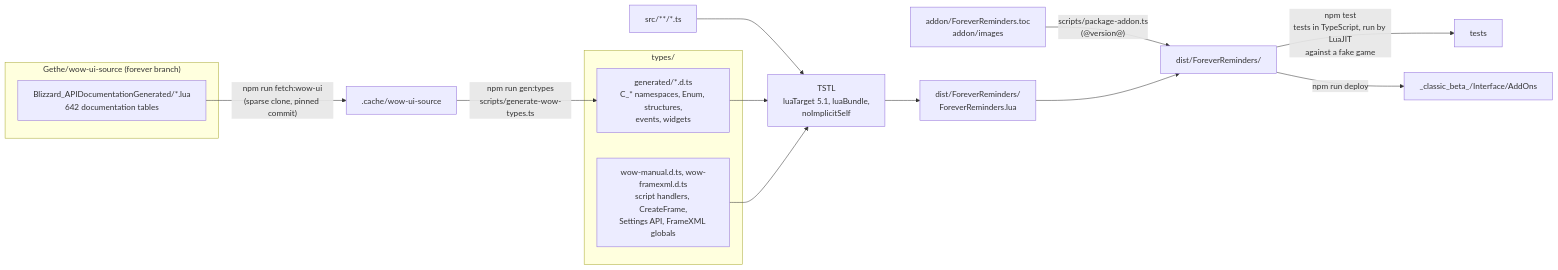
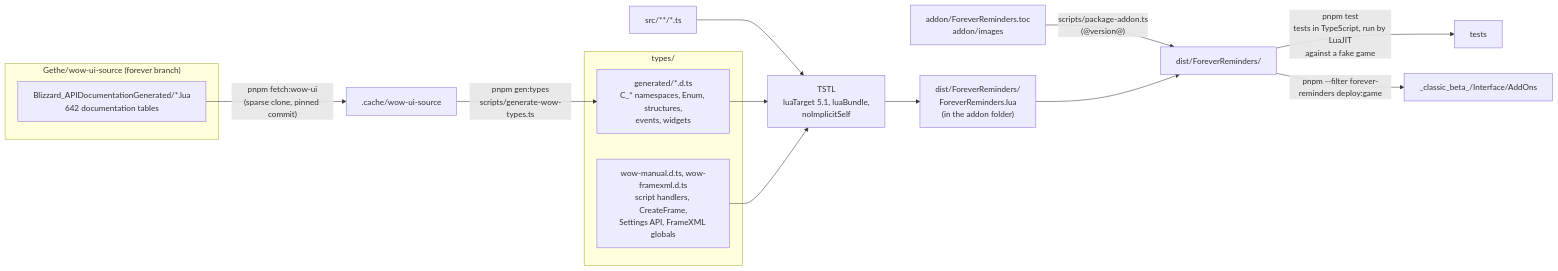
One commit to vattiss/wowkit changed the first of 5 diagrams in docs/architecture.md. Above: the diagram before and after it, drawn with Mermaid. The commit also changed other lines of this file and 267 other files, not shown here.

````diff
--- a/docs/architecture.md
+++ b/docs/architecture.md
@@ -28,23 +42,23 @@
 ```mermaid
 flowchart LR
     subgraph upstream["Gethe/wow-ui-source (forever branch)"]
         docs["Blizzard_APIDocumentationGenerated/*.lua<br/>642 documentation tables"]
     end
 
     subgraph typings["types/"]
         generated["generated/*.d.ts<br/>C_* namespaces, Enum, structures,<br/>events, widgets"]
         manual["wow-manual.d.ts, wow-framexml.d.ts<br/>script handlers, CreateFrame,<br/>Settings API, FrameXML globals"]
     end
 
-    docs -- "npm run fetch:wow-ui<br/>(sparse clone, pinned commit)" --> cache[".cache/wow-ui-source"]
-    cache -- "npm run gen:types<br/>scripts/generate-wow-types.ts" --> generated
+    docs -- "pnpm fetch:wow-ui<br/>(sparse clone, pinned commit)" --> cache[".cache/wow-ui-source"]
+    cache -- "pnpm gen:types<br/>scripts/generate-wow-types.ts" --> generated
 
     src["src/**/*.ts"] --> tstl["TSTL<br/>luaTarget 5.1, luaBundle,<br/>noImplicitSelf"]
     generated --> tstl
     manual --> tstl
-    tstl --> lua["dist/ForeverReminders/<br/>ForeverReminders.lua"]
+    tstl --> lua["dist/ForeverReminders/<br/>ForeverReminders.lua<br/>(in the addon folder)"]
     toc["addon/ForeverReminders.toc<br/>addon/images"] -- "scripts/package-addon.ts<br/>(@version@)" --> dist["dist/ForeverReminders/"]
     lua --> dist
-    dist -- "npm test<br/>tests in TypeScript, run by LuaJIT<br/>against a fake game" --> smoke["tests"]
-    dist -- "npm run deploy" --> game["_classic_beta_/Interface/AddOns"]
+    dist -- "pnpm test<br/>tests in TypeScript, run by LuaJIT<br/>against a fake game" --> smoke["tests"]
+    dist -- "pnpm --filter forever-reminders deploy:game" --> game["_classic_beta_/Interface/AddOns"]
 ```
````
